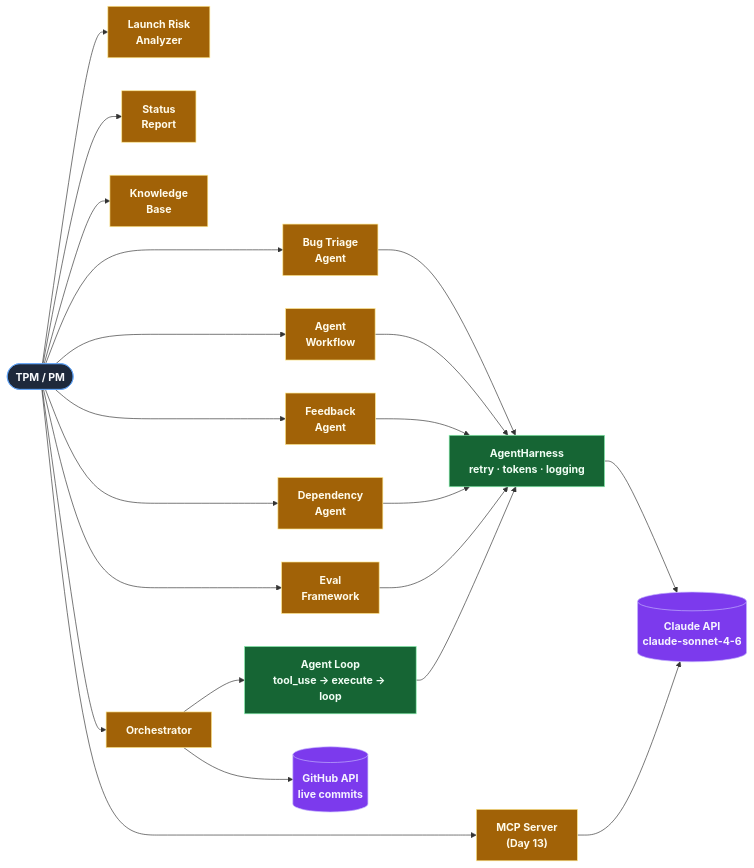
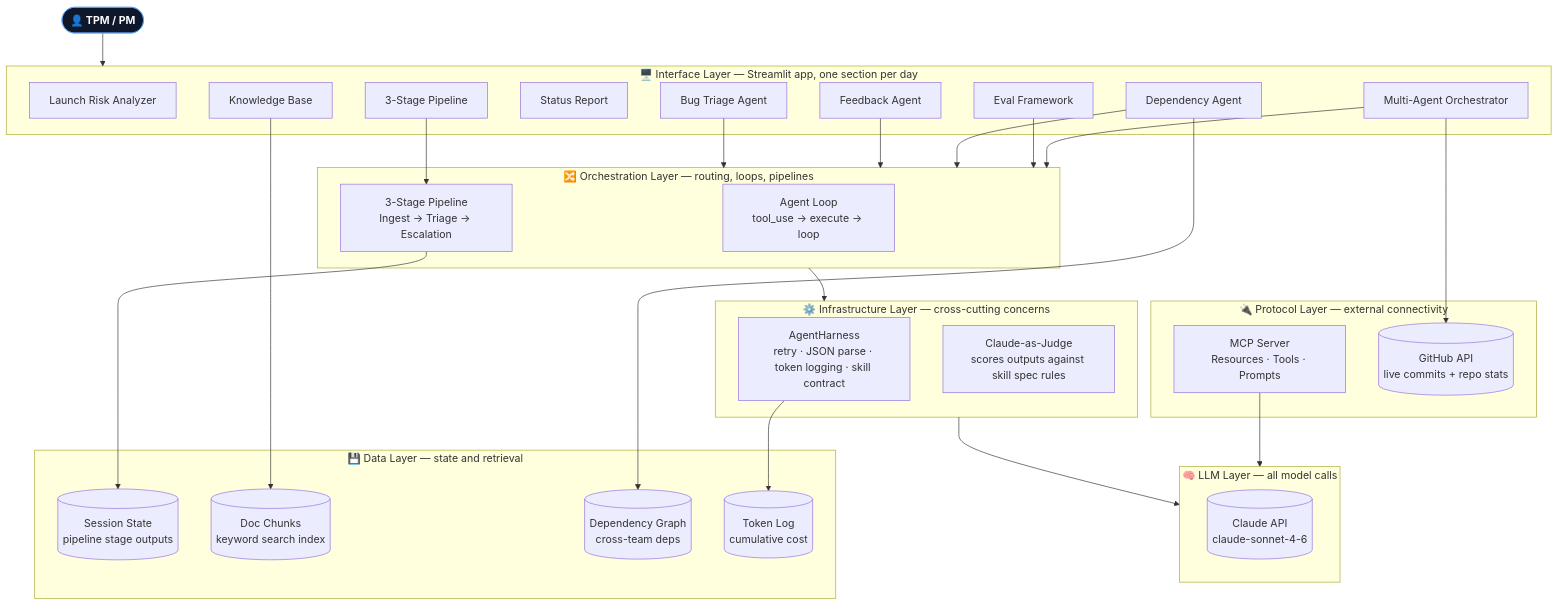
One commit to shwsingh/pm-tpm-ai-tools changed the diagram in README.md. Above: the diagram before and after it, drawn with Mermaid. The commit also changed other lines of this file, not shown here.

Commit message:
Redesign architecture diagram with standard layer labels
Top-down layered diagram: Interface → Orchestration → Infrastructure
→ LLM → Data → Protocol. Each layer has a clear role. Explanation
table below the diagram defines what each layer does and which
components live in it.

````diff
--- a/README.md
+++ b/README.md
@@ -64,33 +64,60 @@
 ```mermaid
-flowchart LR
-    User(["TPM / PM"]):::user
+flowchart TB
+    User(["👤 TPM / PM"]):::user
 
-    LRA["Launch Risk\nAnalyzer"]:::ui
-    D5["Bug Triage\nAgent"]:::ui
-    WF["Agent\nWorkflow"]:::ui
-    SR["Status\nReport"]:::ui
-    KB["Knowledge\nBase"]:::ui
-    FA["Feedback\nAgent"]:::ui
-    DA["Dependency\nAgent"]:::ui
-    EV["Eval\nFramework"]:::ui
-    ORC["Orchestrator"]:::ui
-    MCP["MCP Server\n(Day 13)"]:::ui
+    subgraph UI["🖥️  Interface Layer — Streamlit app, one section per day"]
+        LRA["Launch Risk Analyzer"]
+        BTA["Bug Triage Agent"]
+        WF["3-Stage Pipeline"]
+        SR["Status Report"]
+        KB["Knowledge Base"]
+        FA["Feedback Agent"]
+        DA["Dependency Agent"]
+        EV["Eval Framework"]
+        ORC["Multi-Agent Orchestrator"]
+    end
 
-    HARNESS["AgentHarness\nretry · tokens · logging"]:::agent
-    LOOP["Agent Loop\ntool_use → execute → loop"]:::agent
+    subgraph ORCH["🔀  Orchestration Layer — routing, loops, pipelines"]
+        LOOP["Agent Loop\ntool_use → execute → loop"]
+        PIPE["3-Stage Pipeline\nIngest → Triage → Escalation"]
+    end
 
-    CLAUDE[("Claude API\nclaude-sonnet-4-6")]:::llm
-    GH[("GitHub API\nlive commits")]:::llm
+    subgraph INFRA["⚙️  Infrastructure Layer — cross-cutting concerns"]
+        HARNESS["AgentHarness\nretry · JSON parse · token logging · skill contract"]
+        EVAL["Claude-as-Judge\nscores outputs against skill spec rules"]
+    end
 
-    User --> LRA & D5 & WF & SR & KB & FA & DA & EV & ORC & MCP
-    D5 & WF & FA & DA & EV --> HARNESS
-    ORC --> LOOP --> HARNESS
-    HARNESS --> CLAUDE
-    MCP --> CLAUDE
-    ORC --> GH
+    subgraph LLM_LAYER["🧠  LLM Layer — all model calls"]
+        CLAUDE[("Claude API\nclaude-sonnet-4-6")]
+    end
 
-    classDef user  fill:#1e293b,stroke:#60a5fa,color:#f8fafc,font-weight:bold
-    classDef ui    fill:#a16207,stroke:#fde68a,color:#fffbeb,font-weight:bold
-    classDef agent fill:#166534,stroke:#86efac,color:#f0fdf4,font-weight:bold
-    classDef llm   fill:#7c3aed,stroke:#c4b5fd,color:#f5f3ff,font-weight:bold
+    subgraph DATA["💾  Data Layer — state and retrieval"]
+        SS[("Session State\npipeline stage outputs")]
+        CHUNKS[("Doc Chunks\nkeyword search index")]
+        DEPS[("Dependency Graph\ncross-team deps")]
+        TOKLOG[("Token Log\ncumulative cost")]
+    end
+
+    subgraph PROTOCOL["🔌  Protocol Layer — external connectivity"]
+        MCP["MCP Server\nResources · Tools · Prompts"]
+        GHAPI[("GitHub API\nlive commits + repo stats")]
+    end
+
+    User --> UI
+
+    BTA & FA & DA & EV --> ORCH
+    ORC --> ORCH
+
+    ORCH --> INFRA
+    INFRA --> LLM_LAYER
+
+    WF --> PIPE --> SS
+    KB --> CHUNKS
+    DA --> DEPS
+    HARNESS --> TOKLOG
+
+    MCP --> LLM_LAYER
+    ORC --> GHAPI
+
+    classDef user fill:#0f172a,stroke:#60a5fa,color:#f8fafc,font-weight:bold
 ```
````
